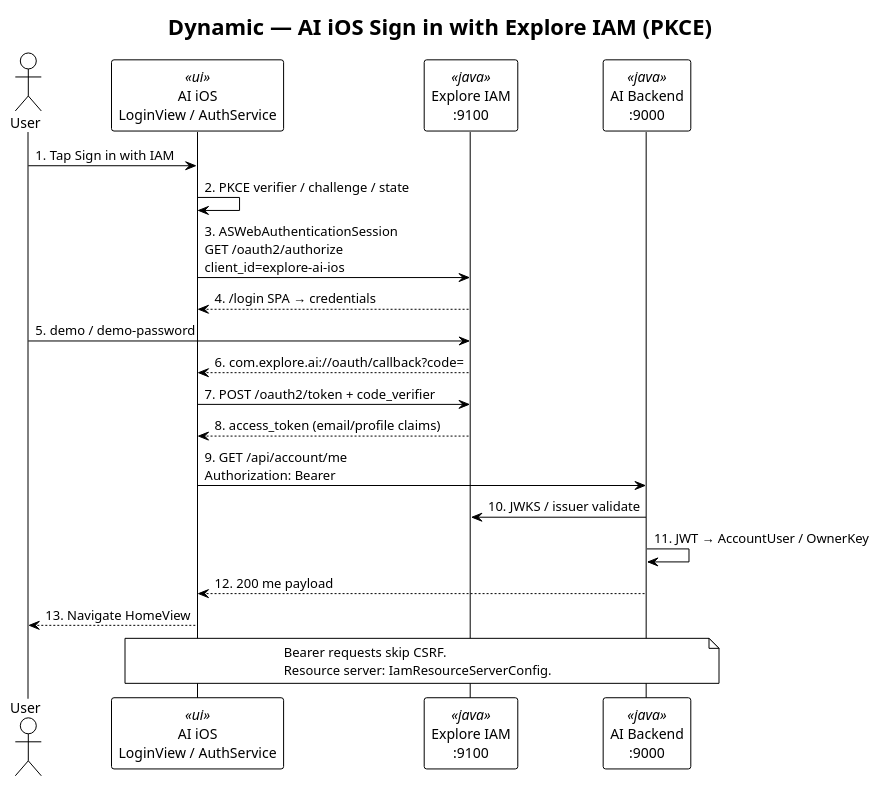
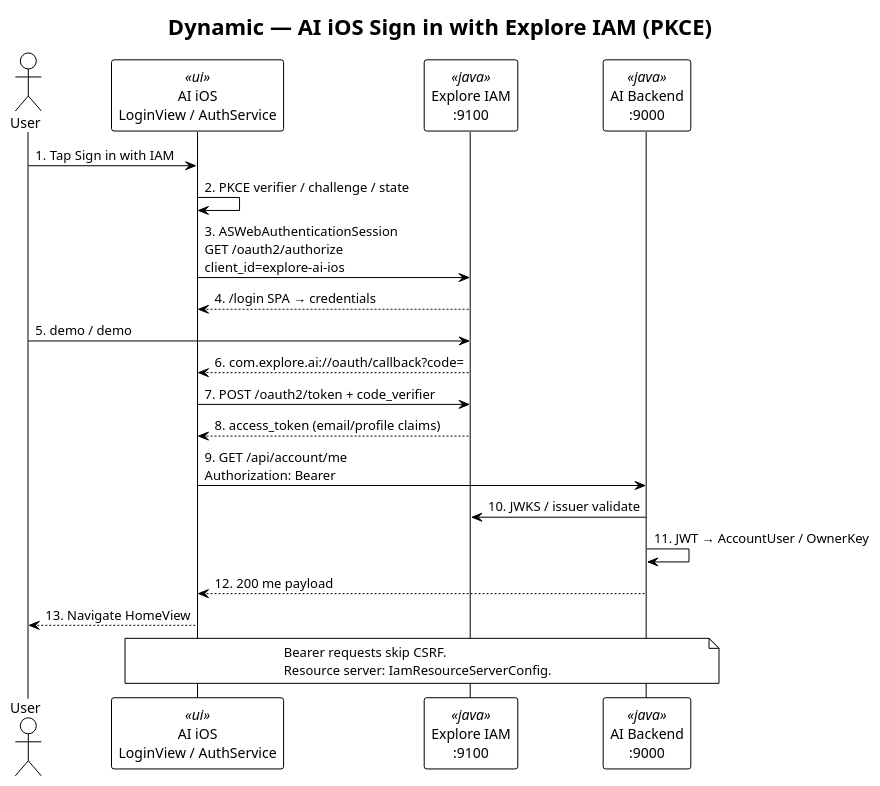
Before and after one commit to felixzhu97/explore-ai: the diagram in docs/developer/c4-model/C4-Dynamic-IamNativeSignIn.puml, drawn with PlantUML. The commit also changed 4 other files, not shown here.

```diff
--- a/docs/developer/c4-model/C4-Dynamic-IamNativeSignIn.puml
+++ b/docs/developer/c4-model/C4-Dynamic-IamNativeSignIn.puml
@@ -1,32 +1,32 @@
 @startuml C4-Dynamic-IamNativeSignIn
 !theme plain
 skinparam backgroundColor #FFFFFF
 skinparam shadowing false
 
 title Dynamic — AI iOS Sign in with Explore IAM (PKCE)
 
 actor "User" as user
 participant "AI iOS\nLoginView / AuthService" as ios <<ui>>
 participant "Explore IAM\n:9100" as iam <<java>>
 participant "AI Backend\n:9000" as api <<java>>
 
 user -> ios: 1. Tap Sign in with IAM
 ios -> ios: 2. PKCE verifier / challenge / state
 ios -> iam: 3. ASWebAuthenticationSession\nGET /oauth2/authorize\nclient_id=explore-ai-ios
 iam --> ios: 4. /login SPA → credentials
-user -> iam: 5. demo / demo-password
+user -> iam: 5. demo / demo
 iam --> ios: 6. com.explore.ai://oauth/callback?code=
 ios -> iam: 7. POST /oauth2/token + code_verifier
 iam --> ios: 8. access_token (email/profile claims)
 ios -> api: 9. GET /api/account/me\nAuthorization: Bearer
 api -> iam: 10. JWKS / issuer validate
 api -> api: 11. JWT → AccountUser / OwnerKey
 api --> ios: 12. 200 me payload
 ios --> user: 13. Navigate HomeView
 
 note over ios, api
   Bearer requests skip CSRF.
   Resource server: IamResourceServerConfig.
 end note
 
 @enduml
```
